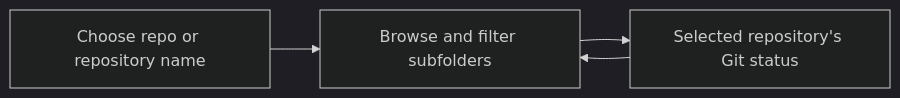
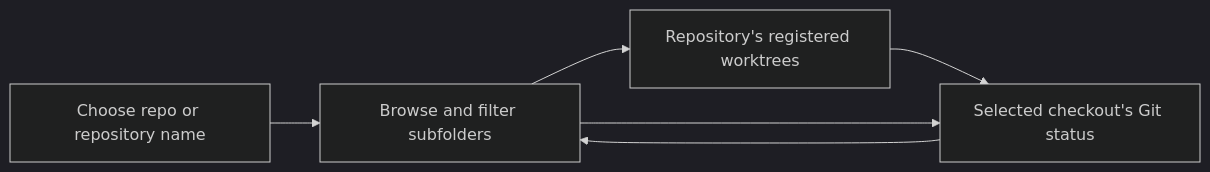
One commit to connorads/dotfiles changed the third of 5 diagrams in src/bb-plugins/git-glance/README.md. Above: the diagram before and after it, drawn with Mermaid (dark theme). The commit also changed other lines of this file and 15 other files, not shown here.

````diff
--- a/src/bb-plugins/git-glance/README.md
+++ b/src/bb-plugins/git-glance/README.md
@@ -129,6 +135,8 @@
 ```mermaid
 flowchart LR
   Chip[Choose repo or repository name] --> Browser[Browse and filter subfolders]
-  Browser --> Selected[Selected repository's Git status]
+  Browser --> Worktrees[Repository's registered worktrees]
+  Worktrees --> Selected[Selected checkout's Git status]
+  Browser --> Selected
   Selected --> Browser
 ```
````
